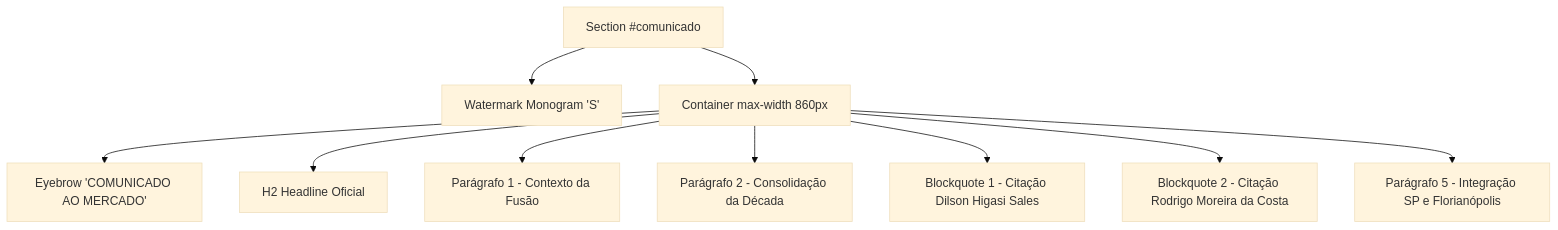
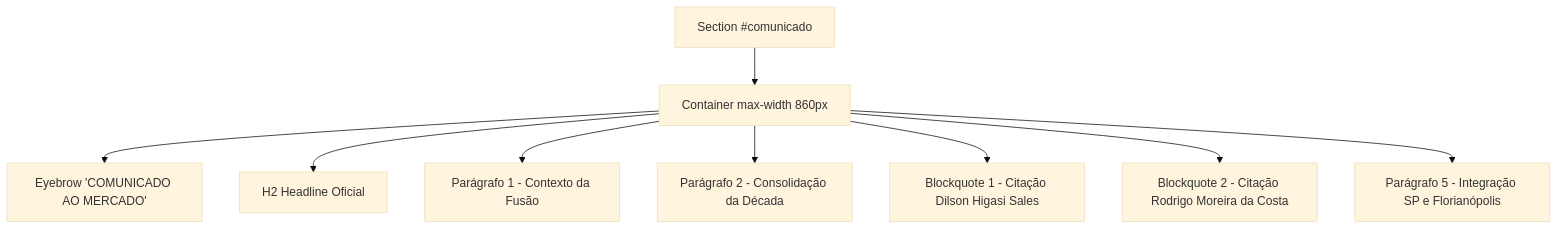
One commit to MaxxTak/landing-page changed the diagram in docs/specs/SPEC-US-02-comunicado-ao-mercado.md. Above: the diagram before and after it, drawn with Mermaid (base theme). The commit also changed other lines of this file and 48 other files, not shown here.

````diff
--- a/docs/specs/SPEC-US-02-comunicado-ao-mercado.md
+++ b/docs/specs/SPEC-US-02-comunicado-ao-mercado.md
@@ -22,12 +25,11 @@
 ```mermaid
 graph TD
-    A[Section #comunicado] --> B[Watermark Monogram 'S']
-    A --> C[Container max-width 860px]
+    A[Section #comunicado] --> C[Container max-width 860px]
     C --> D[Eyebrow 'COMUNICADO AO MERCADO']
     C --> E[H2 Headline Oficial]
     C --> F[Parágrafo 1 - Contexto da Fusão]
     C --> G[Parágrafo 2 - Consolidação da Década]
     C --> H[Blockquote 1 - Citação Dilson Higasi Sales]
     C --> I[Blockquote 2 - Citação Rodrigo Moreira da Costa]
     C --> J[Parágrafo 5 - Integração SP e Florianópolis]
 ```
````
